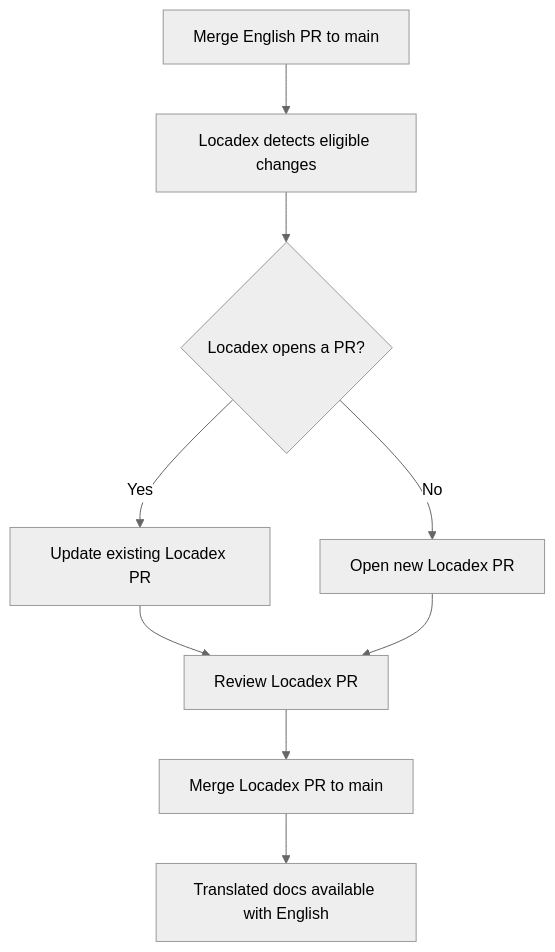
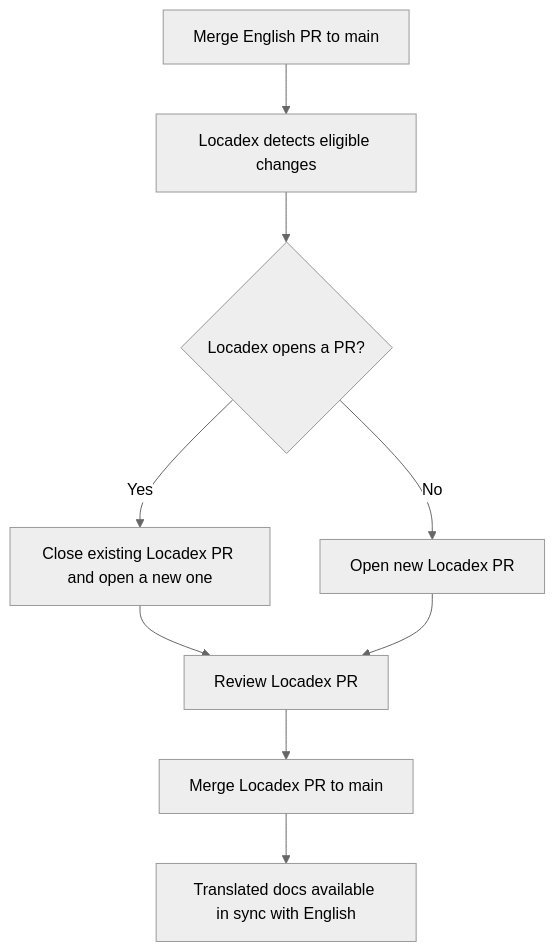
Before and after one commit to wandb/docs: the diagram in runbooks/translation/locadex-writer-guide.md, drawn with Mermaid (neutral theme). The commit also changed other lines of this file, not shown here.

Commit message:
Update Locadex runbook based on Fernando's feedback

````diff
--- a/runbooks/translation/locadex-writer-guide.md
+++ b/runbooks/translation/locadex-writer-guide.md
@@ -46,11 +47,11 @@
 ```mermaid
 graph TD
   mergeEn["Merge English PR to main"] --> detect["Locadex detects eligible changes"]
   detect --> branch{"Locadex opens a PR?"}
-  branch -->|"Yes"| updatePr["Update existing Locadex PR"]
+  branch -->|"Yes"| updatePr["Close existing Locadex PR and open a new one"]
   branch -->|"No"| createPr["Open new Locadex PR"]
   updatePr --> review["Review Locadex PR"]
   createPr --> review
   review --> mergeLoc["Merge Locadex PR to main"]
-  mergeLoc --> published["Translated docs available with English"]
+  mergeLoc --> published["Translated docs available in sync with English"]
 ```
````
